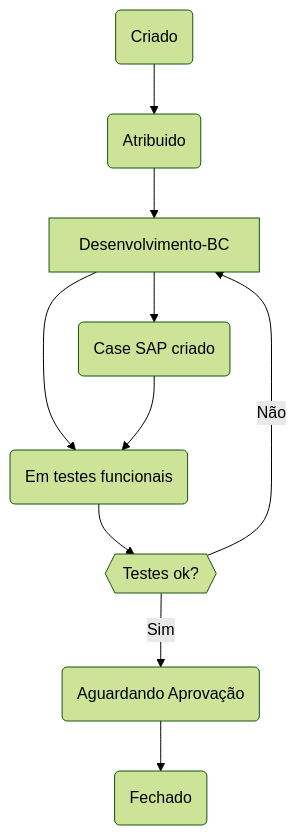
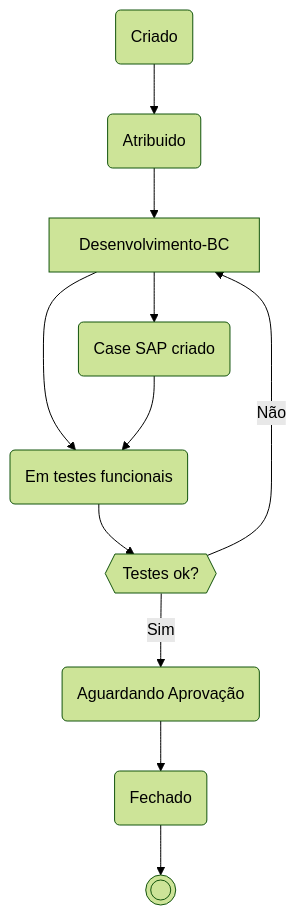
Before and after one commit to edmilson-nascimento/Quermesse: the third of 3 diagrams in README.md, drawn with Mermaid (forest theme).

````diff
--- a/README.md
+++ b/README.md
@@ -118,14 +118,15 @@
 ```mermaid
 flowchart TD
 
     Q1(Criado) --> Q2(Atribuido)
     Q2 --> Desenvolvimento-BC
     Desenvolvimento-BC --> Q4(Em testes funcionais)
 
     Q4 --> QQ{{Testes ok?}}
     QQ -- Sim --> Q5(Aguardando Aprovação)
     QQ -- Não --> Desenvolvimento-BC
     Desenvolvimento-BC --> Q6(Case SAP criado)
     Q6 --> Q4
     Q5 --> Q9(Fechado)
+    Q9 --> End(((" ")))
 ```
````
